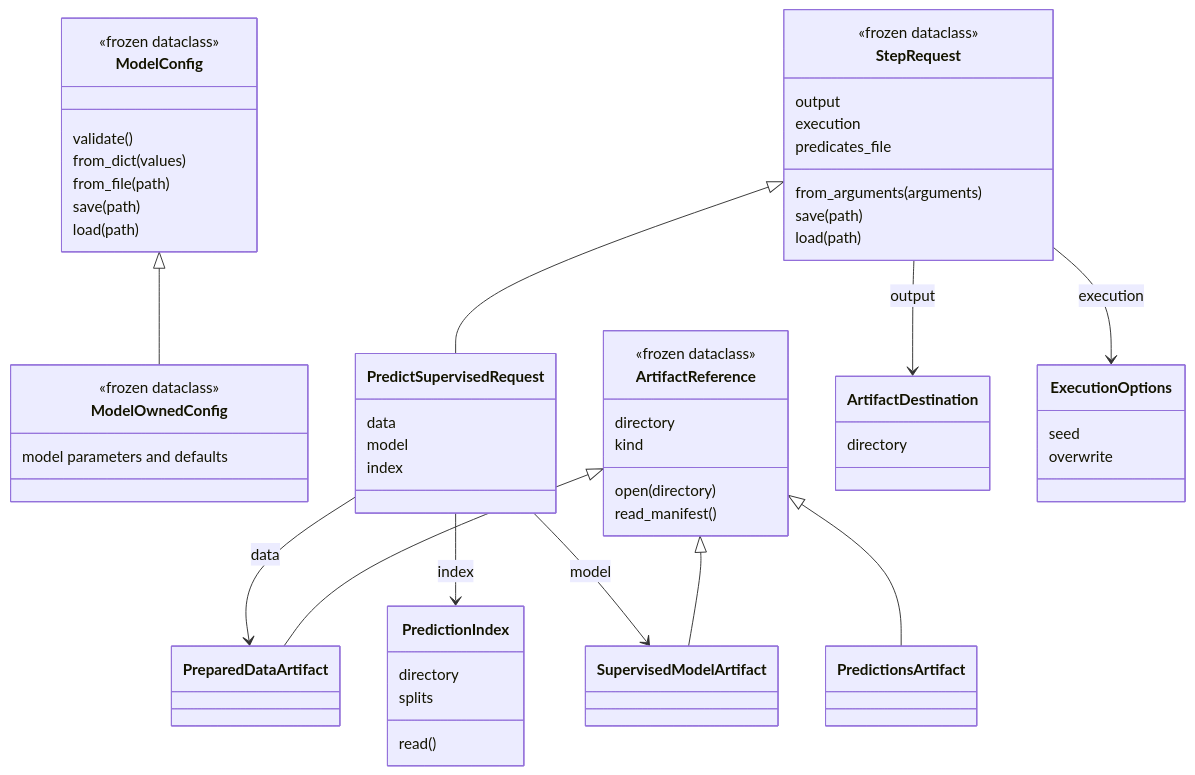
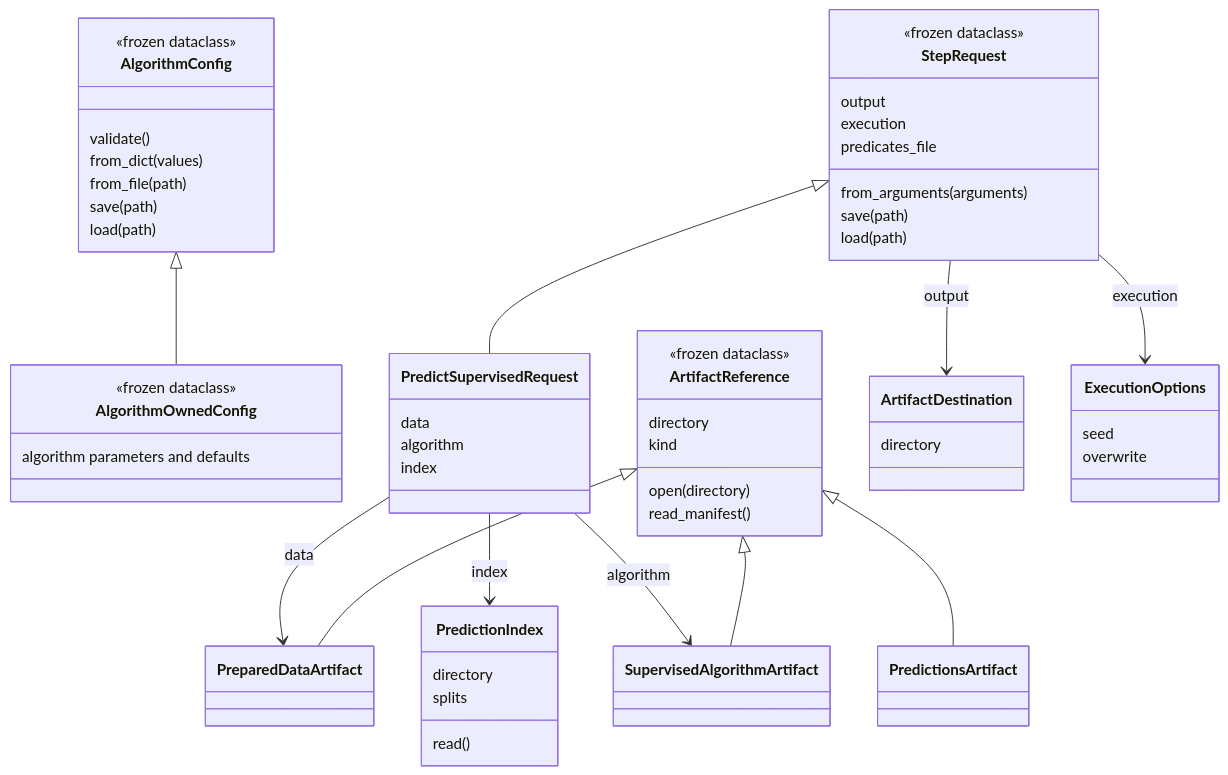
Before and after one commit to McDermottHealthAI/meds-algorithm: the second of 3 diagrams in ARCHITECTURE.md, drawn with Mermaid. The commit also changed other lines of this file and 77 other files, not shown here.

````diff
--- a/ARCHITECTURE.md
+++ b/ARCHITECTURE.md
@@ -73,61 +73,61 @@
 ```mermaid
 classDiagram
-    class ModelConfig {
+    class AlgorithmConfig {
         <<frozen dataclass>>
         validate()
         from_dict(values)
         from_file(path)
         save(path)
         load(path)
     }
-    class ModelOwnedConfig {
+    class AlgorithmOwnedConfig {
         <<frozen dataclass>>
-        model parameters and defaults
+        algorithm parameters and defaults
     }
     class StepRequest {
         <<frozen dataclass>>
         output
         execution
         predicates_file
         from_arguments(arguments)
         save(path)
         load(path)
     }
     class PredictSupervisedRequest {
         data
-        model
+        algorithm
         index
     }
     class ArtifactReference {
         <<frozen dataclass>>
         directory
         kind
         open(directory)
         read_manifest()
     }
     class PreparedDataArtifact
-    class SupervisedModelArtifact
+    class SupervisedAlgorithmArtifact
     class PredictionsArtifact
     class PredictionIndex {
         directory
         splits
         read()
     }
     class ArtifactDestination {
         directory
     }
     class ExecutionOptions {
         seed
         overwrite
     }
-    ModelConfig <|-- ModelOwnedConfig
+    AlgorithmConfig <|-- AlgorithmOwnedConfig
     StepRequest <|-- PredictSupervisedRequest
     ArtifactReference <|-- PreparedDataArtifact
-    ArtifactReference <|-- SupervisedModelArtifact
+    ArtifactReference <|-- SupervisedAlgorithmArtifact
     ArtifactReference <|-- PredictionsArtifact
     PredictSupervisedRequest --> PreparedDataArtifact : data
-    PredictSupervisedRequest --> SupervisedModelArtifact : model
+    PredictSupervisedRequest --> SupervisedAlgorithmArtifact : algorithm
     PredictSupervisedRequest --> PredictionIndex : index
     StepRequest --> ArtifactDestination : output
     StepRequest --> ExecutionOptions : execution
 ```
````
